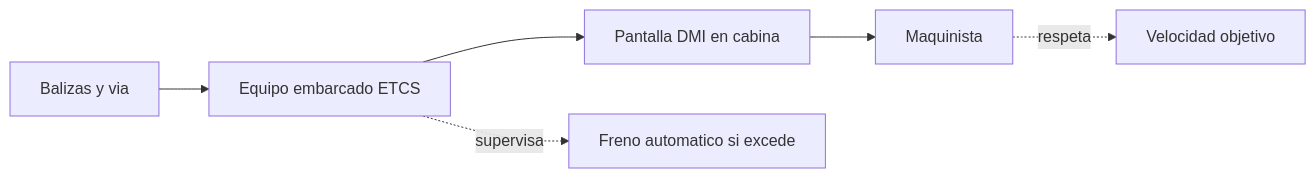
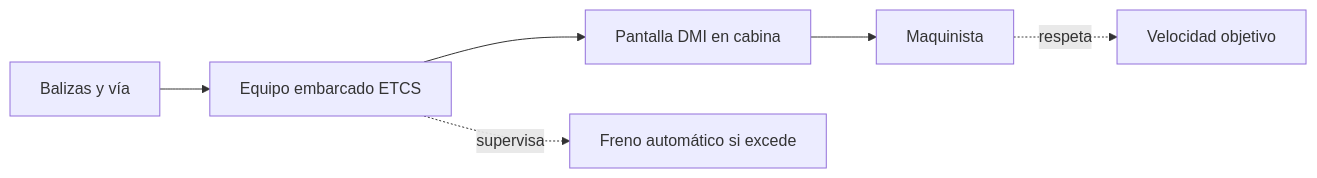
One commit to vladimiracunadev-create/machine-operator-program changed the fourth of 4 diagrams in vehiculos/tren-alta-velocidad/operacion/sistemas-mecanicos-tren-alta-velocidad.md. Above: the diagram before and after it, drawn with Mermaid. The commit also changed other lines of this file and 442 other files, not shown here.

````diff
--- a/vehiculos/tren-alta-velocidad/operacion/sistemas-mecanicos-tren-alta-velocidad.md
+++ b/vehiculos/tren-alta-velocidad/operacion/sistemas-mecanicos-tren-alta-velocidad.md
@@ -169,8 +169,8 @@
 ```mermaid
 flowchart LR
-    Via[Balizas y via] --> Tren[Equipo embarcado ETCS]
+    Via[Balizas y vía] --> Tren[Equipo embarcado ETCS]
     Tren --> DMI[Pantalla DMI en cabina]
     DMI --> Maquinista[Maquinista]
     Maquinista -. respeta .-> Objetivo[Velocidad objetivo]
-    Tren -. supervisa .-> Freno[Freno automatico si excede]
+    Tren -. supervisa .-> Freno[Freno automático si excede]
 ```
````
